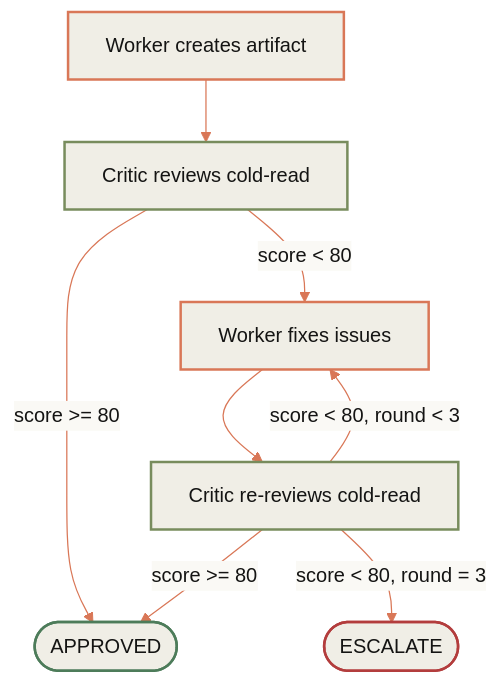
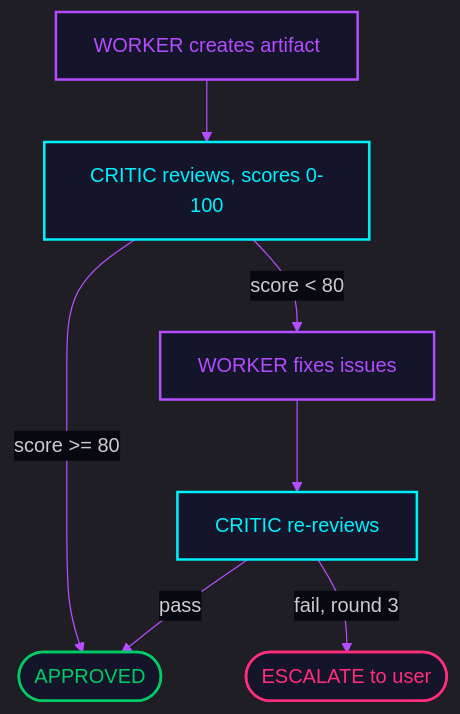
Before and after one commit to etorresram/clo-author: the second of 4 diagrams in guide/architecture.qmd, drawn with Mermaid. The commit also changed other lines of this file and 189 other files, not shown here.

````diff
--- a/guide/architecture.qmd
+++ b/guide/architecture.qmd
@@ -207,16 +97,15 @@
 ```{mermaid}
-%%{init: {'theme': 'base', 'themeVariables': {'primaryColor': '#f0eee6', 'primaryTextColor': '#141413', 'primaryBorderColor': '#d1cfc5', 'lineColor': '#d97757', 'secondaryColor': '#faf9f5', 'tertiaryColor': '#e6e3da', 'edgeLabelBackground': '#faf9f5', 'clusterBkg': '#f0eee6', 'clusterBorder': '#d1cfc5'}}}%%
+%%{init: {'theme': 'dark', 'themeVariables': {'primaryColor': '#14142a', 'primaryTextColor': '#d0d0e0', 'primaryBorderColor': '#b44dff', 'lineColor': '#b44dff', 'secondaryColor': '#0c0c18', 'tertiaryColor': '#080810', 'edgeLabelBackground': '#080810'}}}%%
 flowchart TD
-    W[Worker creates artifact]:::worker --> C[Critic reviews cold-read]:::critic
+    W[WORKER creates artifact]:::worker --> C[CRITIC reviews, scores 0-100]:::critic
     C -->|score >= 80| A([APPROVED]):::approved
-    C -->|score < 80| F[Worker fixes issues]:::worker
-    F --> C2[Critic re-reviews cold-read]:::critic
-    C2 -->|score >= 80| A
-    C2 -->|score < 80, round < 3| F
-    C2 -->|score < 80, round = 3| ESC([ESCALATE]):::escalate
+    C -->|score < 80| F[WORKER fixes issues]:::worker
+    F --> C2[CRITIC re-reviews]:::critic
+    C2 -->|pass| A
+    C2 -->|fail, round 3| ESC([ESCALATE to user]):::escalate
 
-    classDef worker fill:#f0eee6,stroke:#d97757,color:#141413,stroke-width:2px
-    classDef critic fill:#f0eee6,stroke:#788c5d,color:#141413,stroke-width:2px
-    classDef approved fill:#f0eee6,stroke:#4d7c5a,color:#141413,stroke-width:2px
-    classDef escalate fill:#f0eee6,stroke:#b33d3d,color:#141413,stroke-width:2px
+    classDef worker fill:#14142a,stroke:#b44dff,color:#b44dff,stroke-width:2px
+    classDef critic fill:#14142a,stroke:#00f0ff,color:#00f0ff,stroke-width:2px
+    classDef approved fill:#14142a,stroke:#00cc66,color:#00cc66,stroke-width:2px
+    classDef escalate fill:#14142a,stroke:#ff2d7b,color:#ff2d7b,stroke-width:2px
 ```
````
